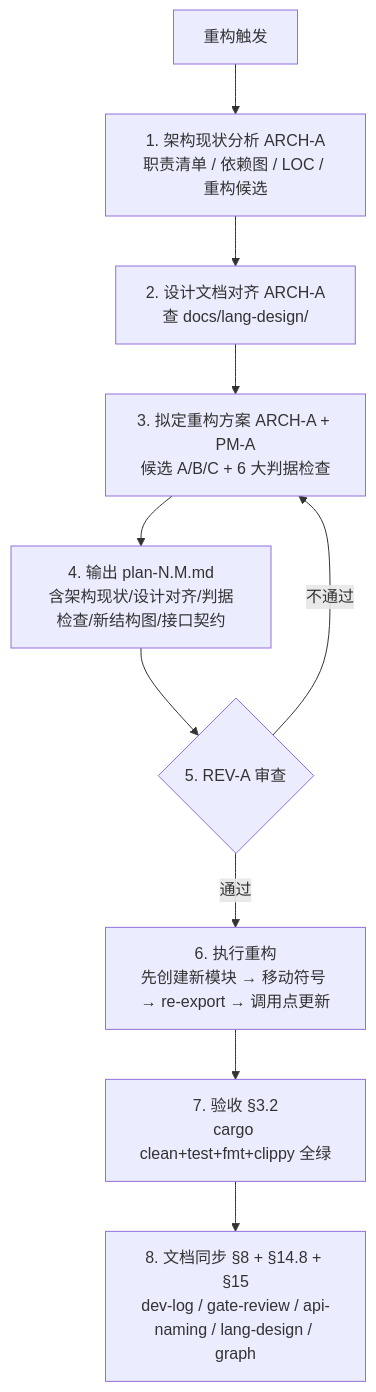
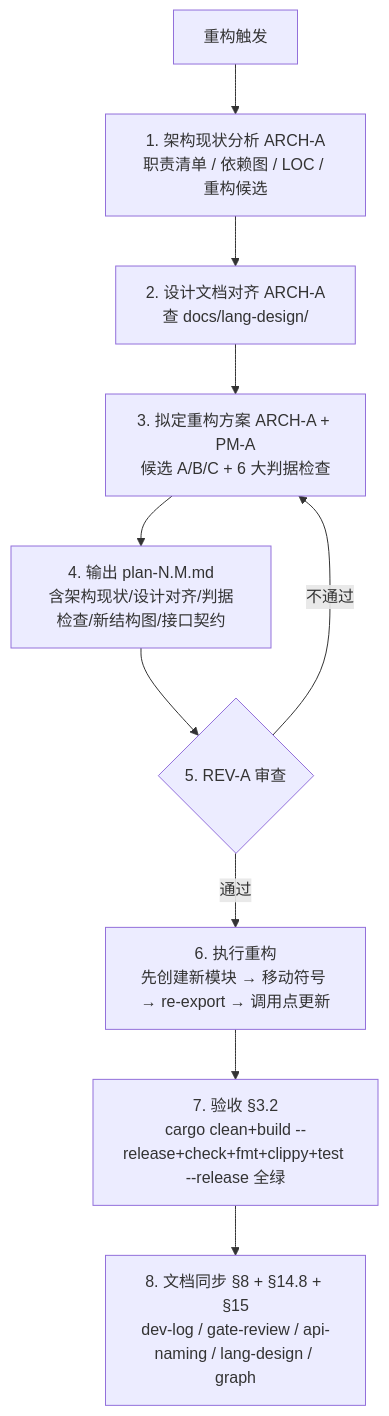
One commit to Redskaber/landin-lang changed the eighth of 23 diagrams in docs/stage-committee-process.md. Above: the diagram before and after it, drawn with Mermaid. The commit also changed other lines of this file and 2 other files, not shown here.

````diff
--- a/docs/stage-committee-process.md
+++ b/docs/stage-committee-process.md
@@ -1739,12 +1755,12 @@
 ```mermaid
 flowchart TD
     A[重构触发] --> B["1. 架构现状分析 ARCH-A<br/>职责清单 / 依赖图 / LOC / 重构候选"]
     B --> C["2. 设计文档对齐 ARCH-A<br/>查 docs/lang-design/"]
     C --> D["3. 拟定重构方案 ARCH-A + PM-A<br/>候选 A/B/C + 6 大判据检查"]
     D --> E["4. 输出 plan-N.M.md<br/>含架构现状/设计对齐/判据检查/新结构图/接口契约"]
     E --> F{5. REV-A 审查}
     F -->|通过| G["6. 执行重构<br/>先创建新模块 → 移动符号 → re-export → 调用点更新"]
     F -->|不通过| D
-    G --> H["7. 验收 §3.2<br/>cargo clean+test+fmt+clippy 全绿"]
+    G --> H["7. 验收 §3.2<br/>cargo clean+build --release+check+fmt+clippy+test --release 全绿"]
     H --> I["8. 文档同步 §8 + §14.8 + §15<br/>dev-log / gate-review / api-naming / lang-design / graph"]
 ```
````
